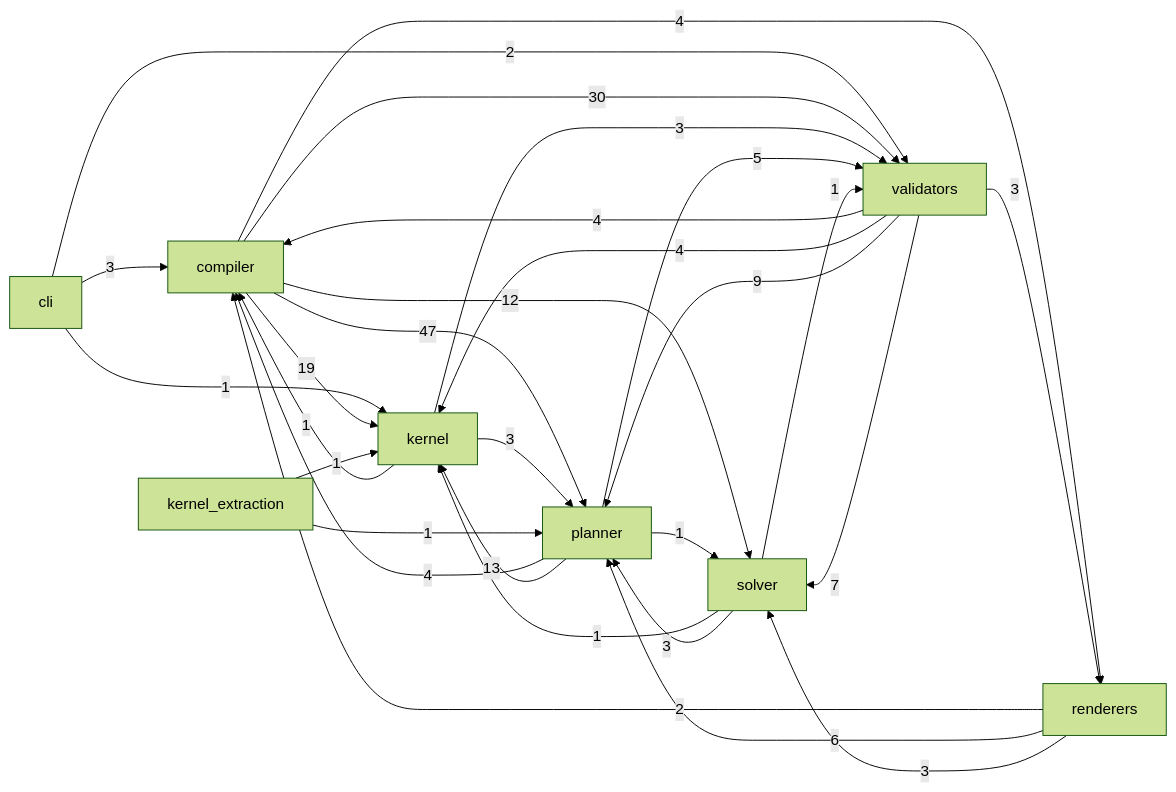
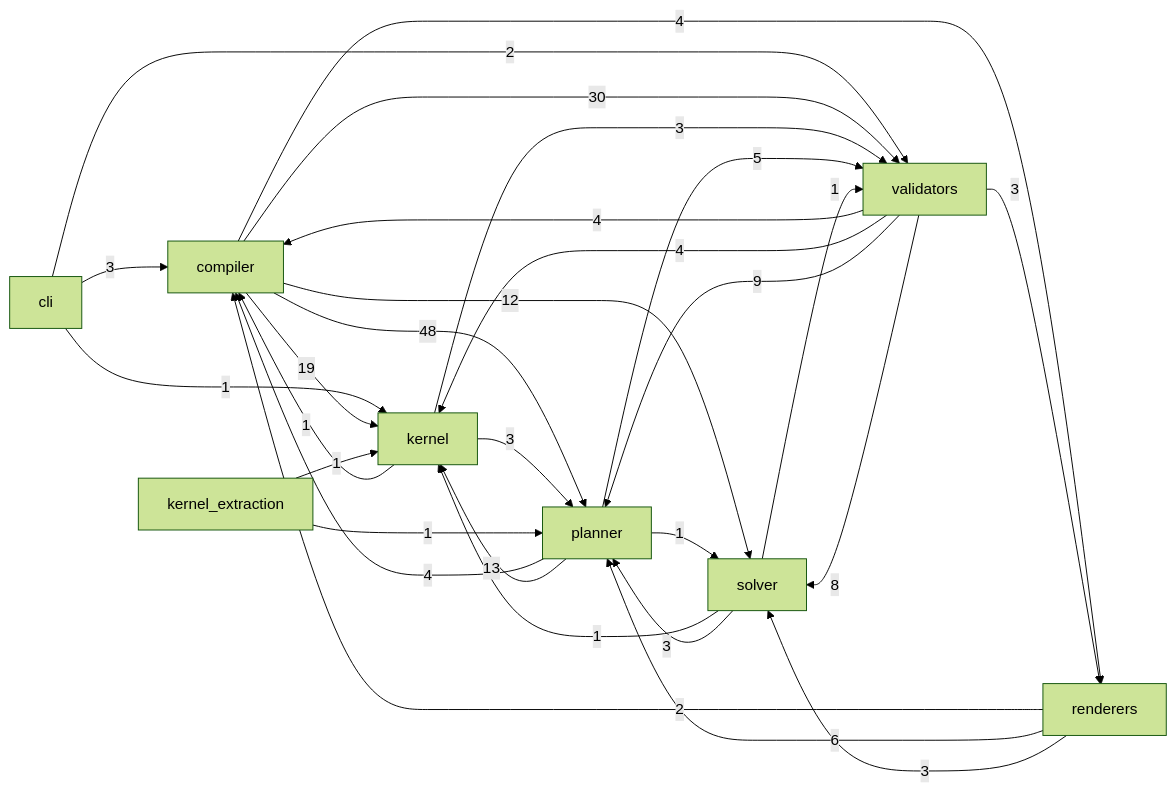
Before and after one commit to Kingsley-Cyber/cinematic-compiler-core: the diagram in docs/reference/code.md, drawn with Mermaid (forest theme). The commit also changed other lines of this file and 36 other files, not shown here.

````diff
--- a/docs/reference/code.md
+++ b/docs/reference/code.md
@@ -15,31 +15,31 @@
 ```mermaid
 flowchart LR
   cli -->|3| compiler
   cli -->|1| kernel
   cli -->|2| validators
   compiler -->|19| kernel
-  compiler -->|47| planner
+  compiler -->|48| planner
   compiler -->|4| renderers
   compiler -->|12| solver
   compiler -->|30| validators
   kernel -->|1| compiler
   kernel -->|3| planner
   kernel -->|3| validators
   kernel_extraction -->|1| kernel
   kernel_extraction -->|1| planner
   planner -->|4| compiler
   planner -->|13| kernel
   planner -->|1| solver
   planner -->|5| validators
   renderers -->|2| compiler
   renderers -->|6| planner
   renderers -->|3| solver
   solver -->|1| kernel
   solver -->|3| planner
   solver -->|1| validators
   validators -->|4| compiler
   validators -->|4| kernel
   validators -->|9| planner
   validators -->|3| renderers
-  validators -->|7| solver
+  validators -->|8| solver
 ```
````
